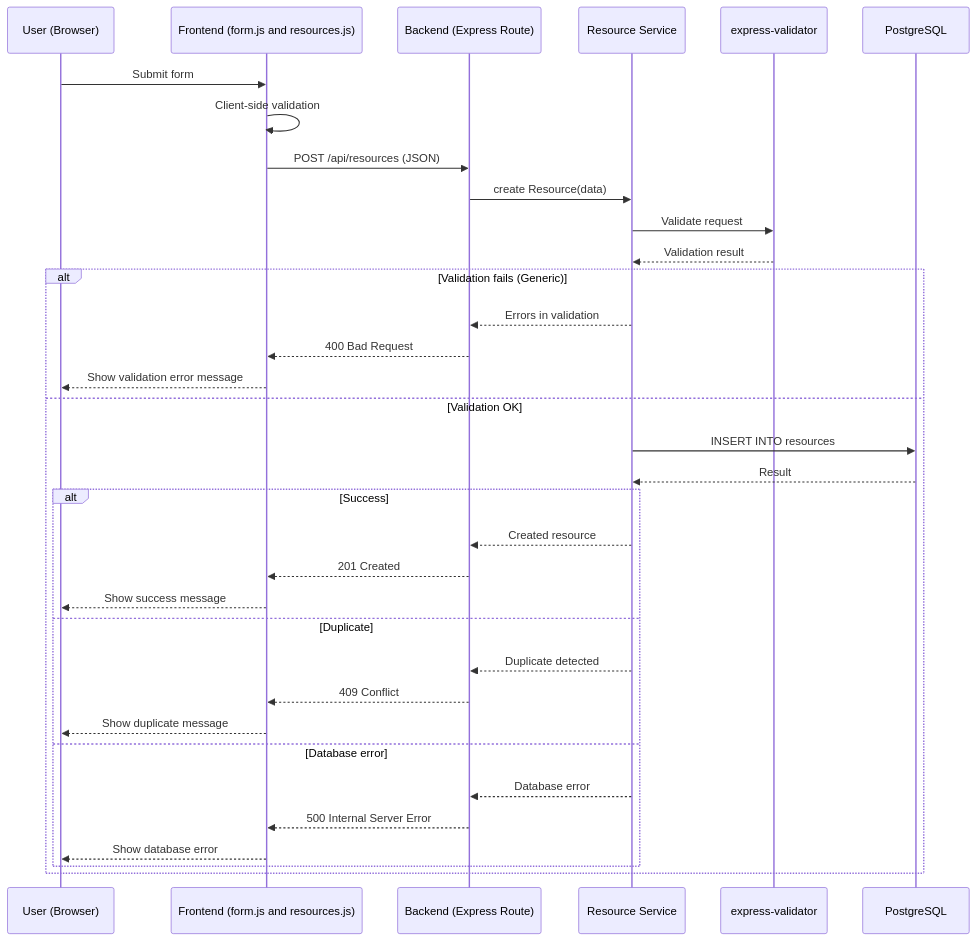
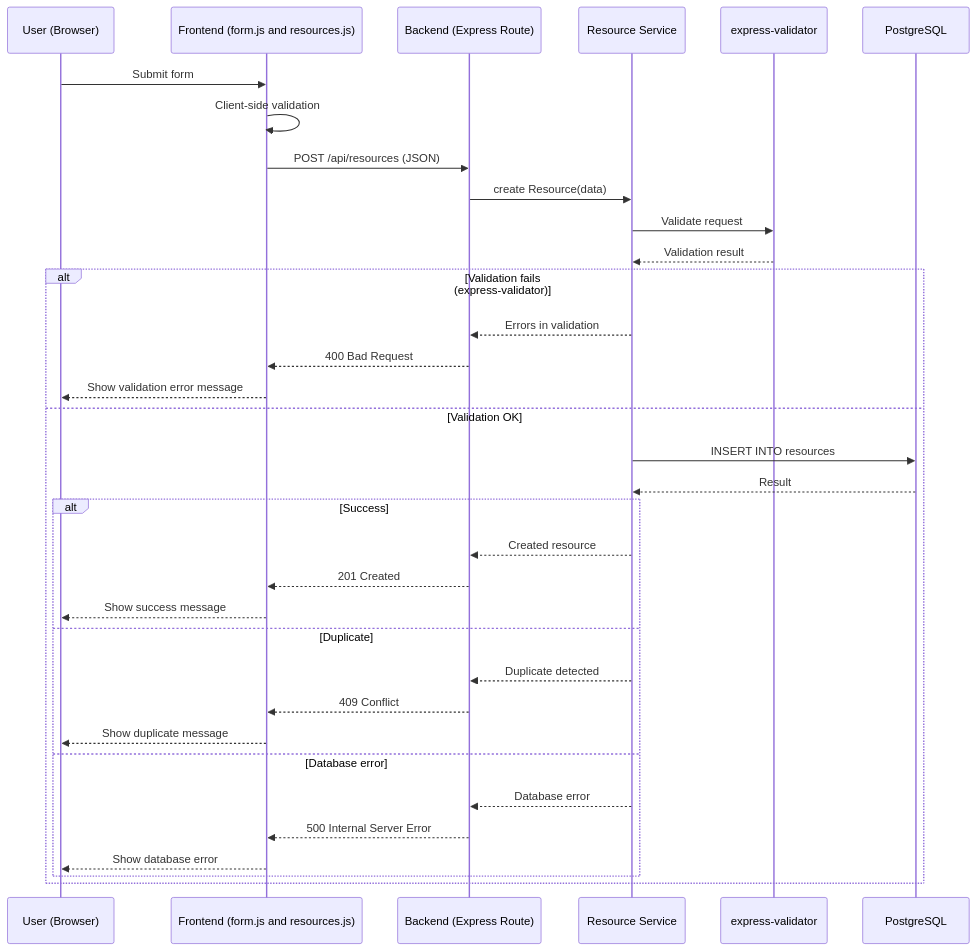
The first of 5 diagrams in FromAdvWebDev/G1_CRUD_Dataflow.md (vheikkiniemi/BasicsOfWebDevelopment2025S), drawn with Mermaid before and after one commit. The commit also changed other lines of this file, not shown here.

Commit message:
G1 updated

````diff
--- a/FromAdvWebDev/G1_CRUD_Dataflow.md
+++ b/FromAdvWebDev/G1_CRUD_Dataflow.md
@@ -3,40 +3,40 @@
 ```mermaid
 sequenceDiagram
     participant U as User (Browser)
     participant F as Frontend (form.js and resources.js)
     participant B as Backend (Express Route)
     participant S as Resource Service
     participant V as express-validator
     participant DB as PostgreSQL
 
     U->>F: Submit form
     F->>F: Client-side validation
     F->>B: POST /api/resources (JSON)
     B->>S: create Resource(data)
 
     S->>V: Validate request
     V-->>S: Validation result
 
-    alt Validation fails (Generic)
+    alt Validation fails (express-validator)
         S-->>B: Errors in validation
         B-->>F: 400 Bad Request
         F-->>U: Show validation error message
     else Validation OK
         S->>DB: INSERT INTO resources
         DB-->>S: Result
 
         alt Success
             S-->>B: Created resource
             B-->>F: 201 Created
             F-->>U: Show success message
         else Duplicate
             S-->>B: Duplicate detected
             B-->>F: 409 Conflict
             F-->>U: Show duplicate message
         else Database error
             S-->>B: Database error
             B-->>F: 500 Internal Server Error
             F-->>U: Show database error
         end
     end   
 ```
````
